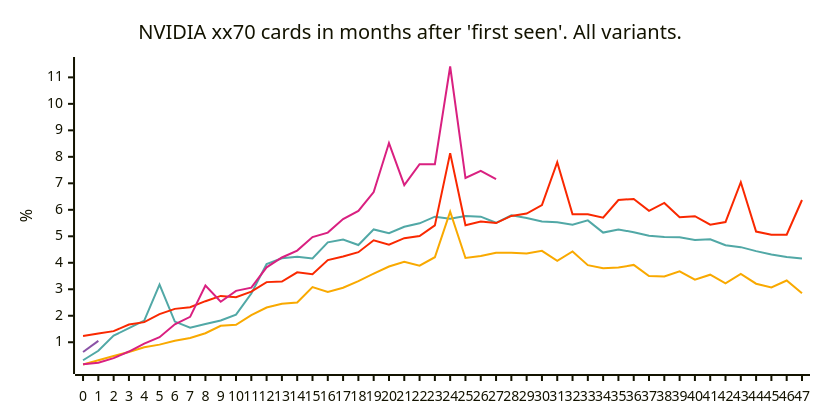
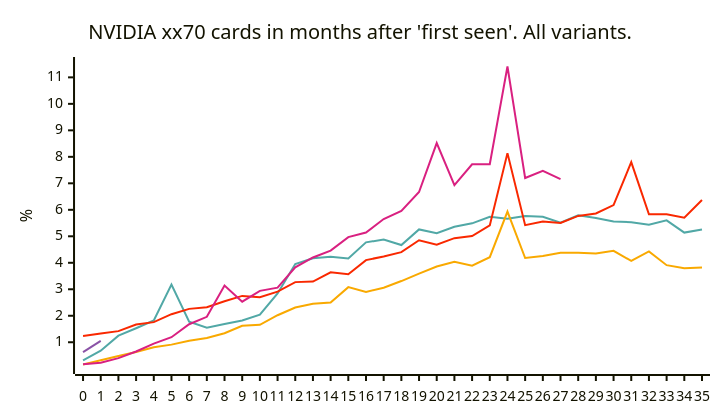
The third of 4 diagrams in README.md (jdegene/birch-mapping), drawn with Mermaid before and after one commit. The commit also changed other lines of this file, not shown here.

````diff
--- a/README.md
+++ b/README.md
@@ -68,24 +68,24 @@
 ```mermaid
 ---
 config:
     xyChart:
-        width: 800
+        width: 700
         height: 400
         
     themeVariables:
         xyChart:
             plotColorPalette: "#51a8a6,#f9a900,#f92800,#d92080,#8a52a6"
 
 --- 
 
 
 xychart-beta
     title "NVIDIA xx70 cards in months after 'first seen'. All variants."
-    x-axis[0, 1, 2, 3, 4, 5, 6, 7, 8, 9, 10, 11, 12, 13, 14, 15, 16, 17, 18, 19, 20, 21, 22, 23, 24, 25, 26, 27, 28, 29, 30, 31, 32, 33, 34, 35, 36, 37, 38, 39, 40, 41, 42, 43, 44, 45, 46, 47]
+    x-axis[0, 1, 2, 3, 4, 5, 6, 7, 8, 9, 10, 11, 12, 13, 14, 15, 16, 17, 18, 19, 20, 21, 22, 23, 24, 25, 26, 27, 28, 29, 30, 31, 32, 33, 34, 35]
     y-axis "%" 
-    line [0.32, 0.6799999999999999, 1.25, 1.53, 1.82, 3.18, 1.78, 1.55, 1.69, 1.82, 2.04, 2.84, 3.95, 4.17, 4.2299999999999995, 4.16, 4.77, 4.88, 4.67, 5.26, 5.119999999999999, 5.36, 5.489999999999999, 5.74, 5.66, 5.7700000000000005, 5.74, 5.51, 5.79, 5.6899999999999995, 5.56, 5.53, 5.4399999999999995, 5.6000000000000005, 5.140000000000001, 5.26, 5.1499999999999995, 5.0200000000000005, 4.97, 4.96, 4.859999999999999, 4.89, 4.66, 4.59, 4.44, 4.31, 4.22, 4.16]
-    line [0.16, 0.32, 0.48, 0.63, 0.8099999999999999, 0.91, 1.06, 1.16, 1.34, 1.6199999999999999, 1.66, 2.02, 2.31, 2.45, 2.5, 3.0799999999999996, 2.9000000000000004, 3.06, 3.3100000000000005, 3.5900000000000003, 3.8599999999999994, 4.04, 3.8900000000000006, 4.21, 5.930000000000001, 4.180000000000001, 4.26, 4.38, 4.38, 4.35, 4.45, 4.07, 4.43, 3.91, 3.7900000000000005, 3.82, 3.92, 3.4999999999999996, 3.4800000000000004, 3.6799999999999997, 3.36, 3.55, 3.2199999999999998, 3.58, 3.2100000000000004, 3.07, 3.3300000000000005, 2.8499999999999996]
-    line [1.24, 1.3299999999999998, 1.4200000000000002, 1.67, 1.7599999999999998, 2.06, 2.2600000000000002, 2.3200000000000003, 2.55, 2.75, 2.7, 2.9099999999999997, 3.27, 3.29, 3.64, 3.5700000000000003, 4.1000000000000005, 4.24, 4.3999999999999995, 4.8500000000000005, 4.68, 4.930000000000001, 5.01, 5.41, 8.14, 5.42, 5.56, 5.5, 5.7700000000000005, 5.86, 6.18, 7.8, 5.83, 5.83, 5.7, 6.370000000000001, 6.41, 5.96, 6.260000000000001, 5.72, 5.76, 5.4399999999999995, 5.54, 7.04, 5.18, 5.06, 5.06, 6.369999999999999]
+    line [0.32, 0.6799999999999999, 1.25, 1.53, 1.82, 3.18, 1.78, 1.55, 1.69, 1.82, 2.04, 2.84, 3.95, 4.17, 4.2299999999999995, 4.16, 4.77, 4.88, 4.67, 5.26, 5.119999999999999, 5.36, 5.489999999999999, 5.74, 5.66, 5.7700000000000005, 5.74, 5.51, 5.79, 5.6899999999999995, 5.56, 5.53, 5.4399999999999995, 5.6000000000000005, 5.140000000000001, 5.26]
+    line [0.16, 0.32, 0.48, 0.63, 0.8099999999999999, 0.91, 1.06, 1.16, 1.34, 1.6199999999999999, 1.66, 2.02, 2.31, 2.45, 2.5, 3.0799999999999996, 2.9000000000000004, 3.06, 3.3100000000000005, 3.5900000000000003, 3.8599999999999994, 4.04, 3.8900000000000006, 4.21, 5.930000000000001, 4.180000000000001, 4.26, 4.38, 4.38, 4.35, 4.45, 4.07, 4.43, 3.91, 3.7900000000000005, 3.82]
+    line [1.24, 1.3299999999999998, 1.4200000000000002, 1.67, 1.7599999999999998, 2.06, 2.2600000000000002, 2.3200000000000003, 2.55, 2.75, 2.7, 2.9099999999999997, 3.27, 3.29, 3.64, 3.5700000000000003, 4.1000000000000005, 4.24, 4.3999999999999995, 4.8500000000000005, 4.68, 4.930000000000001, 5.01, 5.41, 8.14, 5.42, 5.56, 5.5, 5.7700000000000005, 5.86, 6.18, 7.8, 5.83, 5.83, 5.7, 6.370000000000001]
     line [0.16999999999999998, 0.22999999999999998, 0.4, 0.65, 0.95, 1.1900000000000002, 1.68, 1.96, 3.1399999999999997, 2.53, 2.94, 3.06, 3.83, 4.199999999999999, 4.46, 4.97, 5.140000000000001, 5.65, 5.96, 6.67, 8.52, 6.93, 7.720000000000001, 7.720000000000001, 11.41, 7.199999999999999, 7.470000000000001, 7.16]
     line [0.63, 1.0499999999999998]
 ``` 
````
